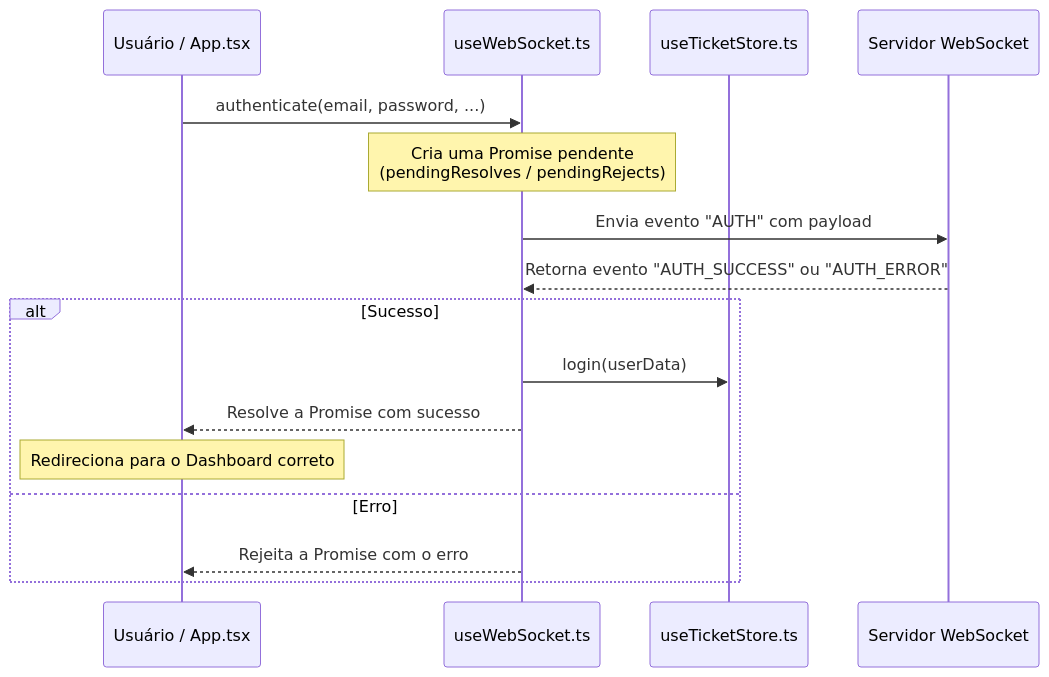
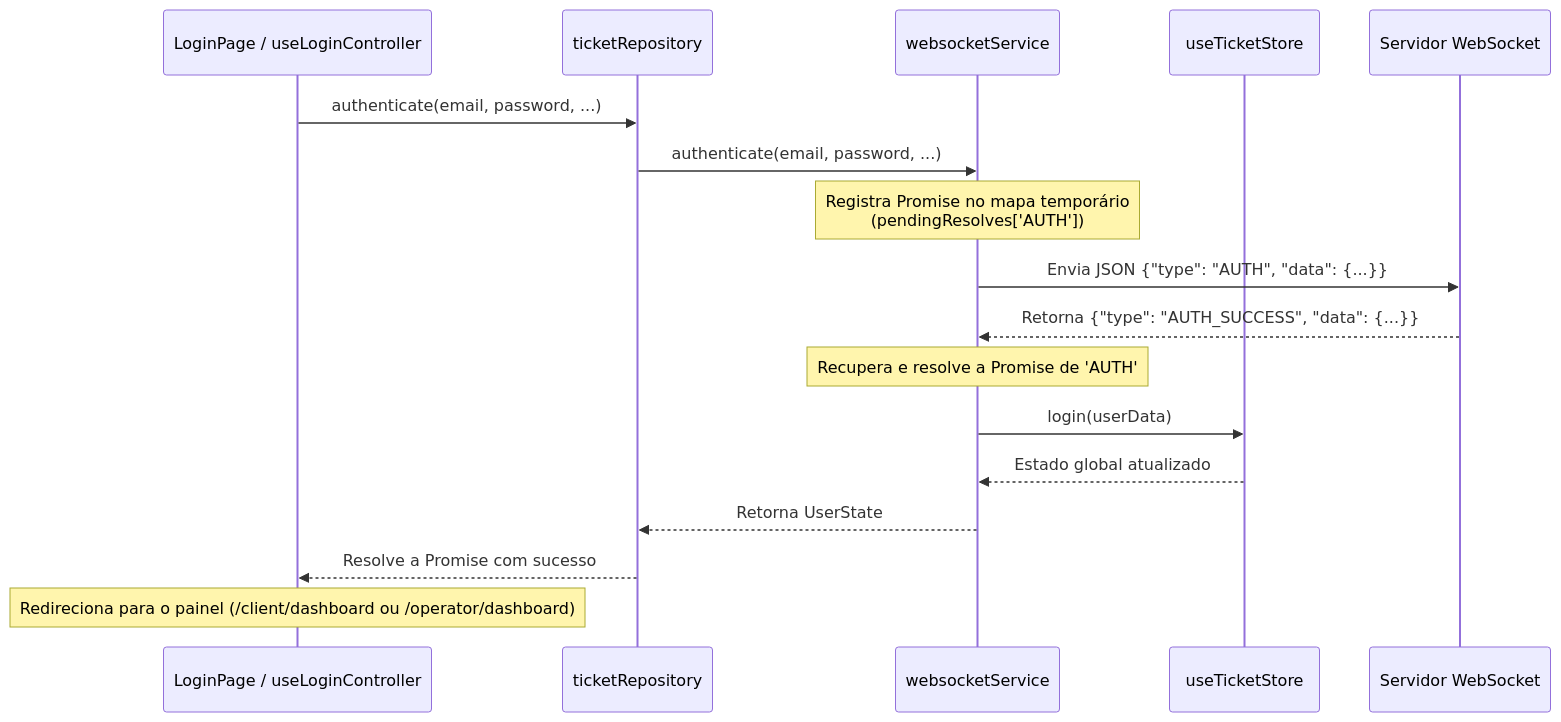
One commit to CaputiDev/TriageHub changed the first of 2 diagrams in client/structure.md. Above: the diagram before and after it, drawn with Mermaid. The commit also changed other lines of this file and 2 other files, not shown here.

````diff
--- a/client/structure.md
+++ b/client/structure.md
@@ -47,19 +66,20 @@
 ```mermaid
 sequenceDiagram
-    participant User as Usuário / App.tsx
-    participant WS as useWebSocket.ts
-    participant Store as useTicketStore.ts
+    participant View as LoginPage / useLoginController
+    participant Repo as ticketRepository
+    participant WS as websocketService
+    participant Store as useTicketStore
     participant Server as Servidor WebSocket
 
-    User->>WS: authenticate(email, password, ...)
-    Note over WS: Cria uma Promise pendente<br/>(pendingResolves / pendingRejects)
-    WS->>Server: Envia evento "AUTH" com payload
-    Server-->>WS: Retorna evento "AUTH_SUCCESS" ou "AUTH_ERROR"
-    alt Sucesso
-        WS->>Store: login(userData)
-        WS-->>User: Resolve a Promise com sucesso
-        Note over User: Redireciona para o Dashboard correto
-    else Erro
-        WS-->>User: Rejeita a Promise com o erro
-    end
+    View->>Repo: authenticate(email, password, ...)
+    Repo->>WS: authenticate(email, password, ...)
+    Note over WS: Registra Promise no mapa temporário<br/>(pendingResolves['AUTH'])
+    WS->>Server: Envia JSON {"type": "AUTH", "data": {...}}
+    Server-->>WS: Retorna {"type": "AUTH_SUCCESS", "data": {...}}
+    Note over WS: Recupera e resolve a Promise de 'AUTH'
+    WS->>Store: login(userData)
+    Store-->>WS: Estado global atualizado
+    WS-->>Repo: Retorna UserState
+    Repo-->>View: Resolve a Promise com sucesso
+    Note over View: Redireciona para o painel (/client/dashboard ou /operator/dashboard)
 ```
````
